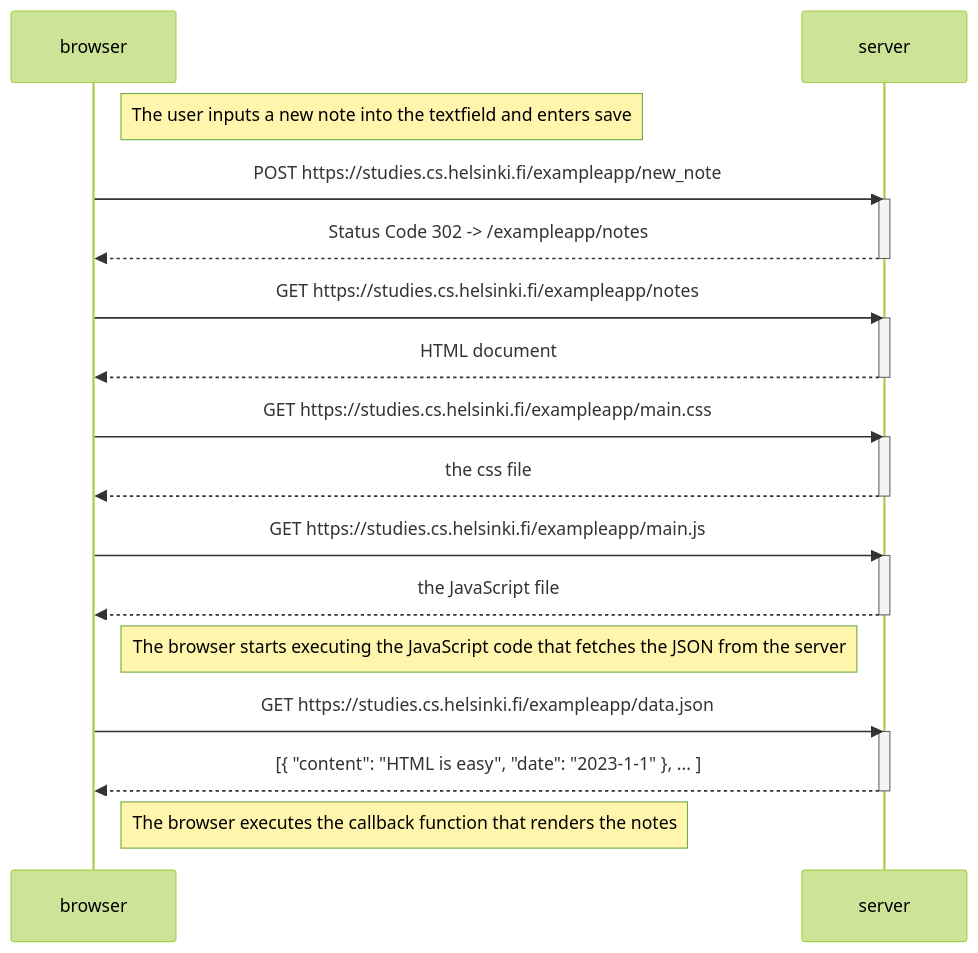
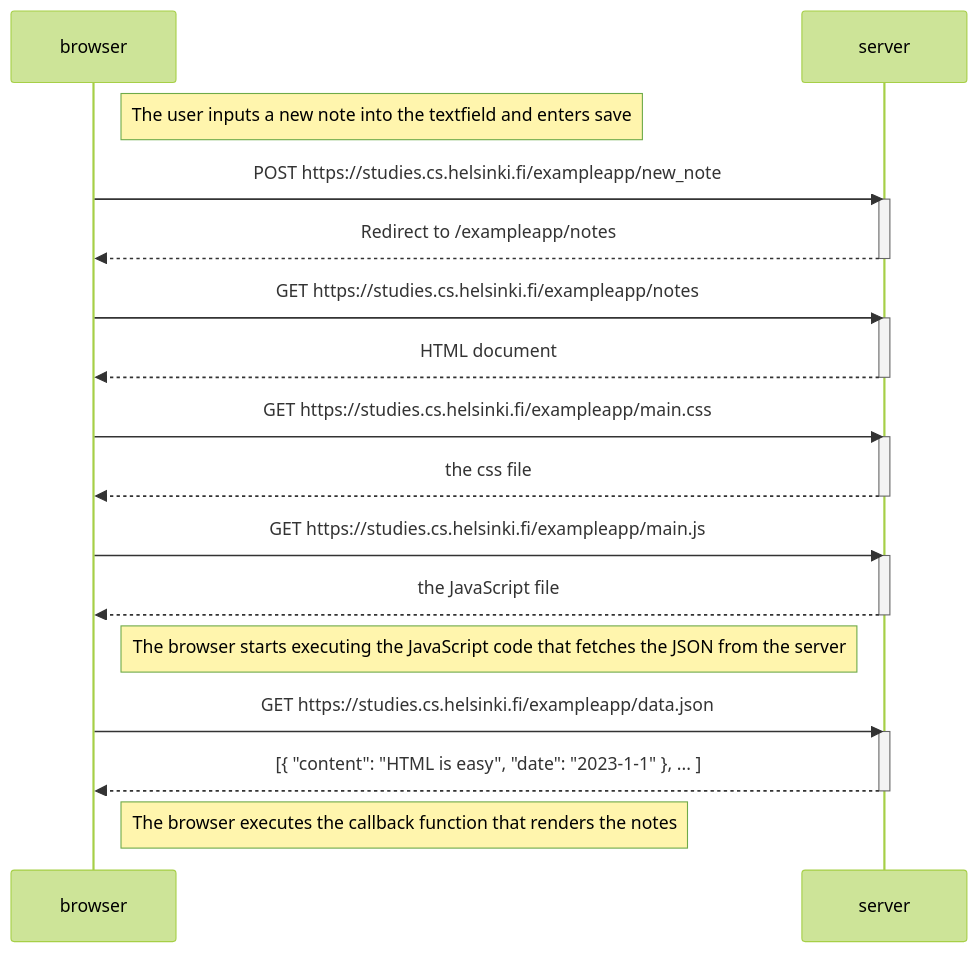
Before and after one commit to Mahalead/fullStackOpenSelfLearn: the diagram in part0/diagrammSaveNotes.md, drawn with Mermaid (forest theme).

Commit message:
Clarify server response in diagrammSaveNotes.md

````diff
--- a/part0/diagrammSaveNotes.md
+++ b/part0/diagrammSaveNotes.md
@@ -1,36 +1,36 @@
  ```mermaid
 sequenceDiagram
     participant browser
     participant server
 
     Note right of browser: The user inputs a new note into the textfield and enters save
 
     browser->>server: POST https://studies.cs.helsinki.fi/exampleapp/new_note
     activate server
-    server-->>browser: Status Code 302 -> /exampleapp/notes
+    server-->>browser: Redirect to /exampleapp/notes
     deactivate server
 
     browser->>server: GET https://studies.cs.helsinki.fi/exampleapp/notes
     activate server
     server-->>browser: HTML document
     deactivate server
 
     browser->>server: GET https://studies.cs.helsinki.fi/exampleapp/main.css
     activate server
     server-->>browser: the css file
     deactivate server
 
     browser->>server: GET https://studies.cs.helsinki.fi/exampleapp/main.js
     activate server
     server-->>browser: the JavaScript file
     deactivate server
 
     Note right of browser: The browser starts executing the JavaScript code that fetches the JSON from the server
 
     browser->>server: GET https://studies.cs.helsinki.fi/exampleapp/data.json
     activate server
     server-->>browser: [{ "content": "HTML is easy", "date": "2023-1-1" }, ... ]
     deactivate server
 
     Note right of browser: The browser executes the callback function that renders the notes
 ```
````
